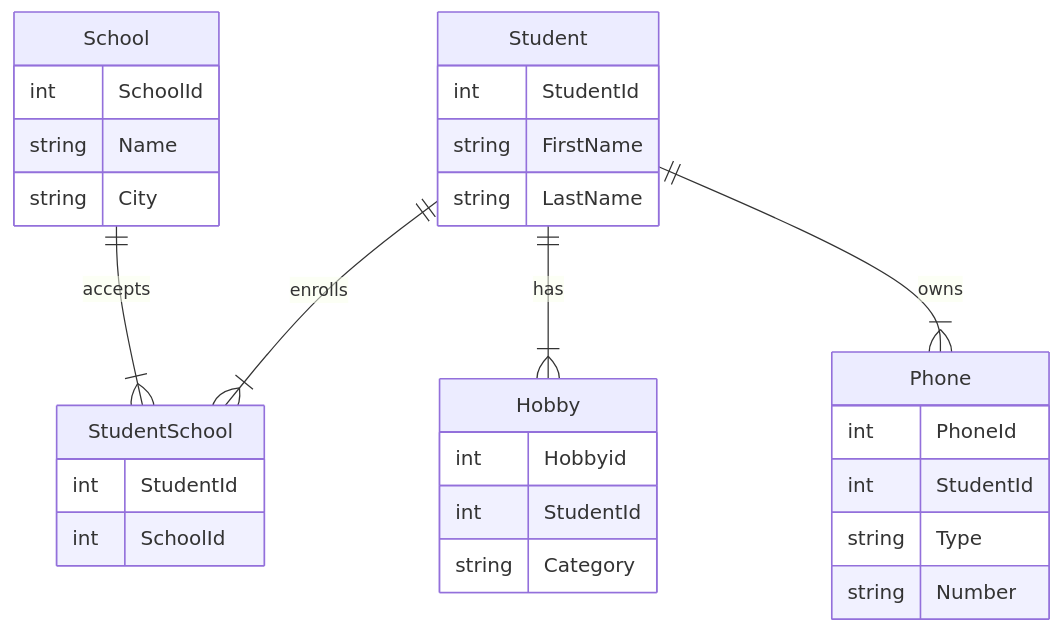
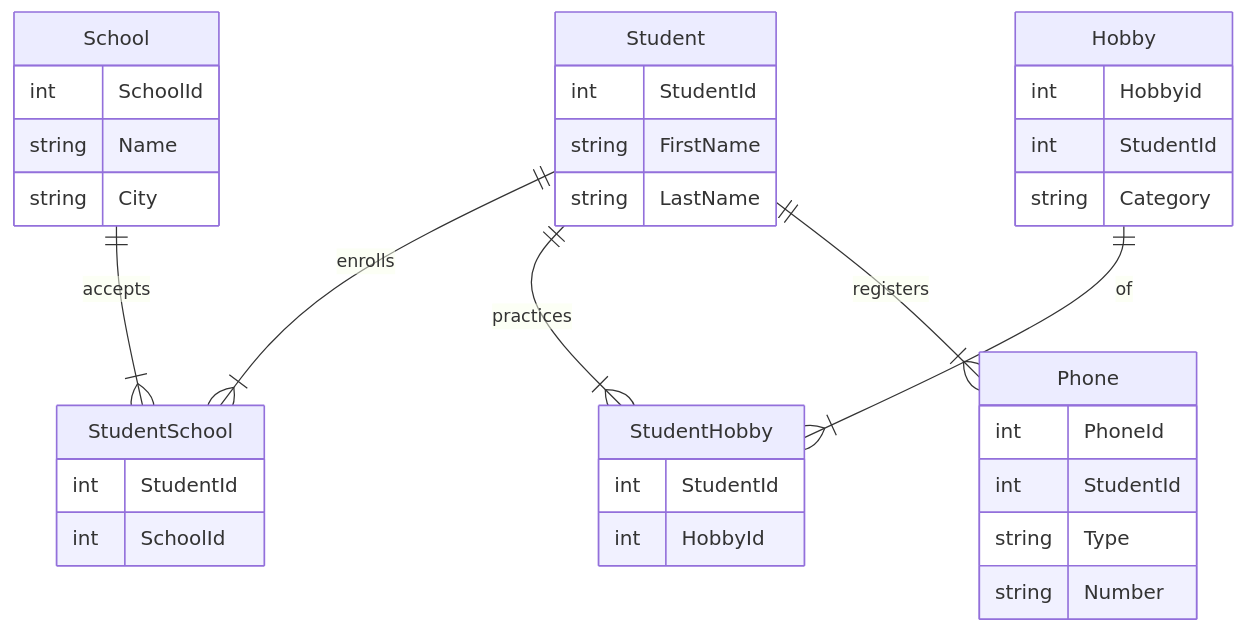
One commit to samkseg/db2022 changed the diagram in README.md. Above: the diagram before and after it, drawn with Mermaid.

Commit message:
Updated ER diagram

````diff
--- a/README.md
+++ b/README.md
@@ -6,37 +6,44 @@
 ```mermaid
 erDiagram
     Student ||--|{ StudentSchool : enrolls
-    Student ||--|{ Hobby : has
-    Student ||--|{ Phone : owns
-    School ||--|{ StudentSchool : accepts    
+    School ||--|{ StudentSchool : accepts
+    Student ||--|{ StudentHobby : practices
+    Hobby ||--|{ StudentHobby : of
+    Student ||--|{ Phone : registers
+       
 
     Hobby {
     	int Hobbyid
 	int StudentId
 	string Category
     }
 
     Phone {
     	int PhoneId
 	int StudentId
 	string Type
 	string Number
+    }
+
+    StudentHobby {
+	  int StudentId
+ 	  int HobbyId
     }
 
     StudentSchool {
         int StudentId
         int SchoolId
     }
 
     Student {
         int StudentId
         string FirstName
         string LastName
     }
 
     School {
         int SchoolId
         string Name
         string City
     }
 ```
````
